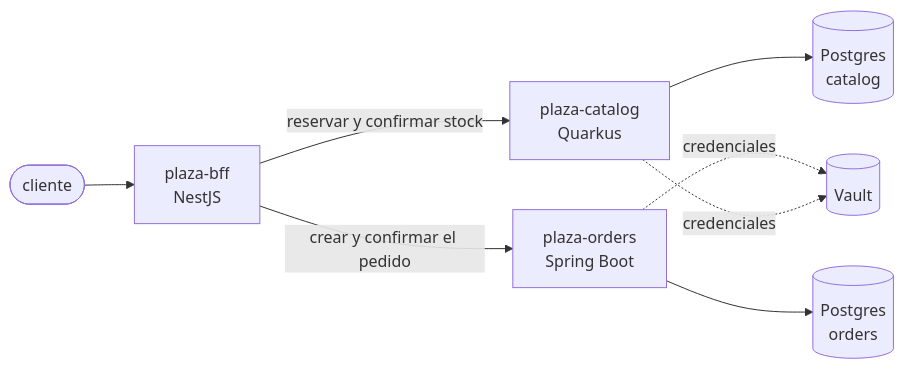
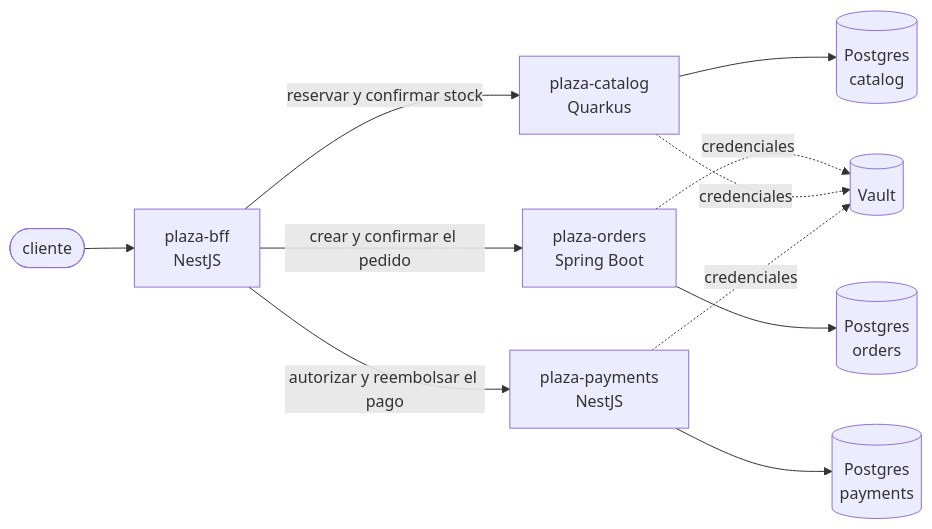
One commit to ahincho/nova-plaza-01-shared-platform changed the diagram in README.md. Above: the diagram before and after it, drawn with Mermaid. The commit also changed other lines of this file and 3 other files, not shown here.

First line of the commit message:
feat: add the payments database and its Vault secret

````diff
--- a/README.md
+++ b/README.md
@@ -22,10 +23,13 @@
 ```mermaid
 flowchart LR
     client([cliente]) --> bff[plaza-bff<br/>NestJS]
     bff -->|reservar y confirmar stock| catalog[plaza-catalog<br/>Quarkus]
     bff -->|crear y confirmar el pedido| orders[plaza-orders<br/>Spring Boot]
+    bff -->|autorizar y reembolsar el pago| payments[plaza-payments<br/>NestJS]
     catalog --> catalogdb[(Postgres<br/>catalog)]
     orders --> ordersdb[(Postgres<br/>orders)]
+    payments --> paymentsdb[(Postgres<br/>payments)]
     orders -. credenciales .-> vault[(Vault)]
     catalog -. credenciales .-> vault
+    payments -. credenciales .-> vault
 ```
````
